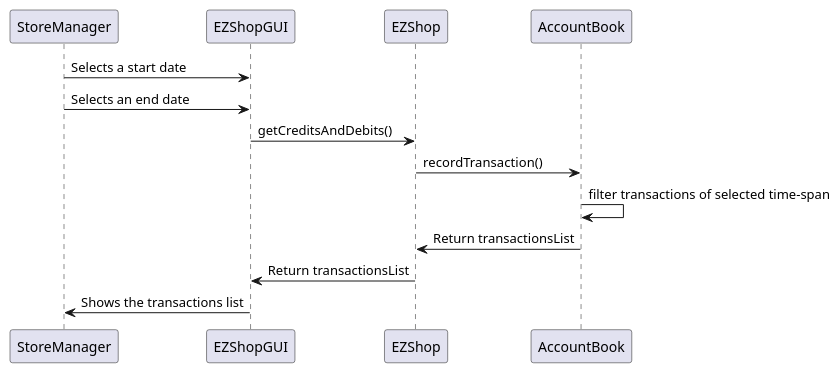
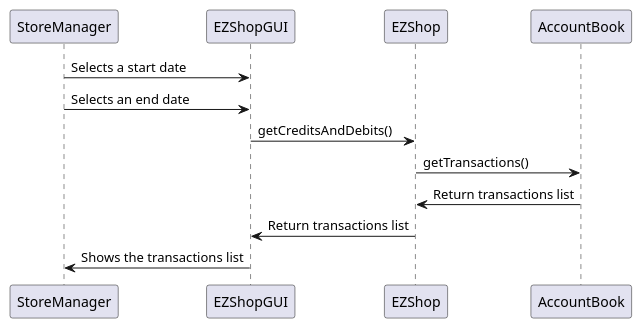
Before and after one commit to polito-se2-21-r03/se1-ezshop: diagram 12 of 13 in Deliverables/DesignDocument.md, drawn with PlantUML. The commit also changed other lines of this file, not shown here.

````diff
--- a/Deliverables/DesignDocument.md
+++ b/Deliverables/DesignDocument.md
@@ -515,12 +515,11 @@
 ```plantuml
 
 StoreManager -> EZShopGUI: Selects a start date
 StoreManager -> EZShopGUI: Selects an end date
 EZShopGUI -> EZShop: getCreditsAndDebits()
-EZShop -> AccountBook: recordTransaction()
-AccountBook -> AccountBook: filter transactions of selected time-span
-AccountBook -> EZShop: Return transactionsList
-EZShop -> EZShopGUI: Return transactionsList
+EZShop -> AccountBook: getTransactions()
+AccountBook -> EZShop: Return transactions list
+EZShop -> EZShopGUI: Return transactions list
 EZShopGUI -> StoreManager: Shows the transactions list
 
 ```
````
